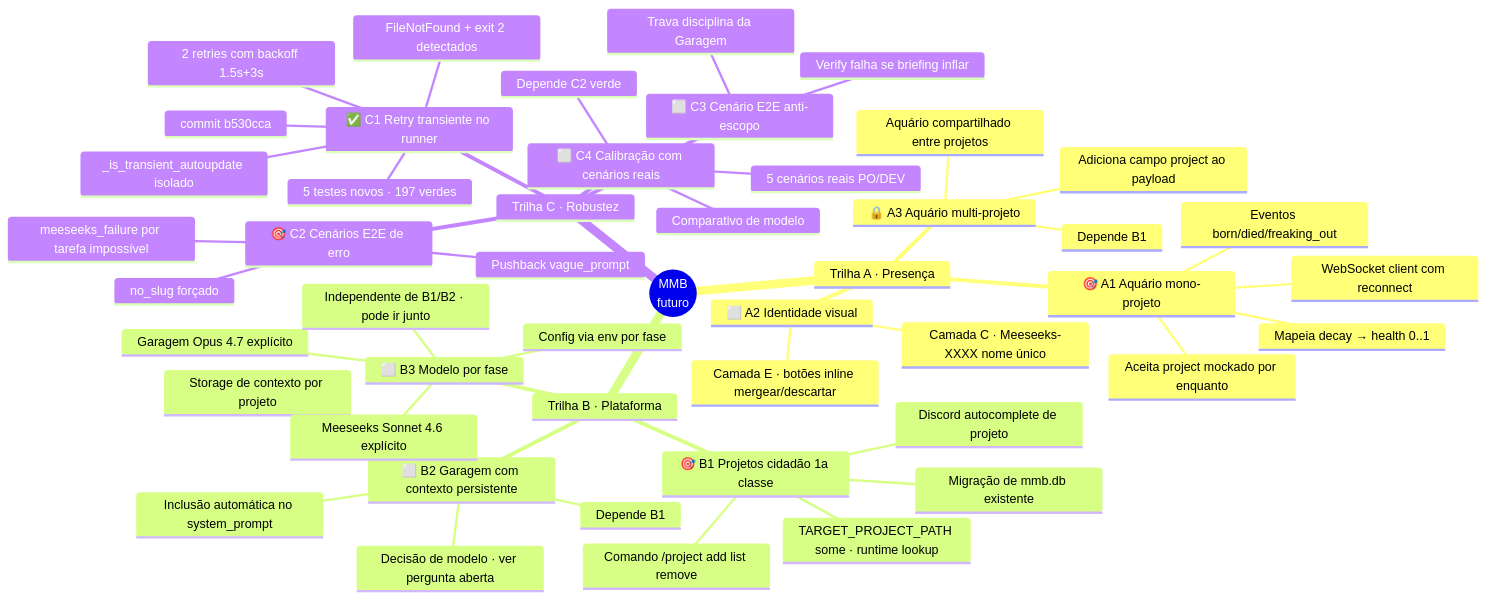
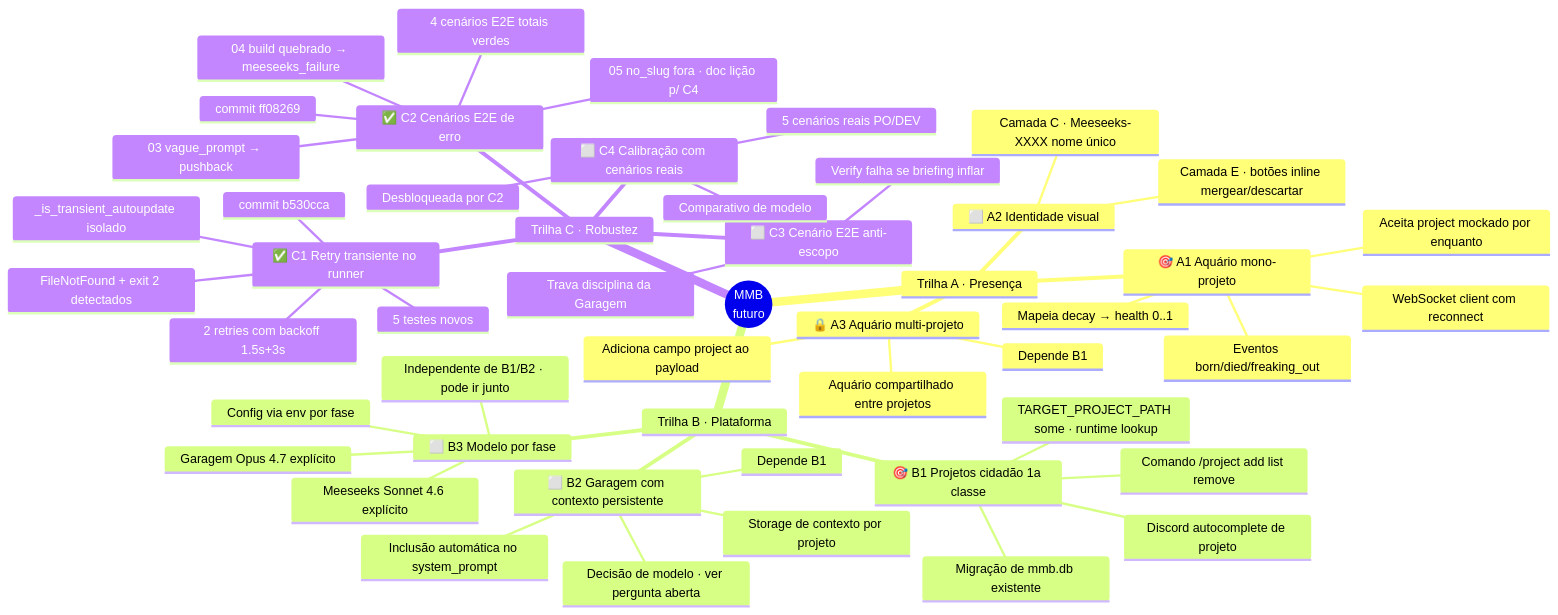
The third of 4 diagrams in docs/arvore.md (x-force-42/mmb-core), drawn with Mermaid before and after one commit. The commit also changed other lines of this file and 2 other files, not shown here.

````diff
--- a/docs/arvore.md
+++ b/docs/arvore.md
@@ -117,51 +123,53 @@
 ```mermaid
 mindmap
   root((MMB<br/>futuro))
     Trilha A · Presença
       🎯 A1 Aquário mono-projeto
         WebSocket client com reconnect
         Mapeia decay → health 0..1
         Eventos born/died/freaking_out
         Aceita project mockado por enquanto
       ⬜ A2 Identidade visual
         Camada C · Meeseeks-XXXX nome único
         Camada E · botões inline mergear/descartar
       🔒 A3 Aquário multi-projeto
         Depende B1
         Adiciona campo project ao payload
         Aquário compartilhado entre projetos
     Trilha B · Plataforma
       🎯 B1 Projetos cidadão 1a classe
         Comando /project add list remove
         Discord autocomplete de projeto
         TARGET_PROJECT_PATH some · runtime lookup
         Migração de mmb.db existente
       ⬜ B2 Garagem com contexto persistente
         Decisão de modelo · ver pergunta aberta
         Storage de contexto por projeto
         Inclusão automática no system_prompt
         Depende B1
       ⬜ B3 Modelo por fase
         Garagem Opus 4.7 explícito
         Meeseeks Sonnet 4.6 explícito
         Config via env por fase
         Independente de B1/B2 · pode ir junto
     Trilha C · Robustez
       ✅ C1 Retry transiente no runner
         commit b530cca
         FileNotFound + exit 2 detectados
         2 retries com backoff 1.5s+3s
         _is_transient_autoupdate isolado
-        5 testes novos · 197 verdes
-      🎯 C2 Cenários E2E de erro
-        Pushback vague_prompt
-        no_slug forçado
-        meeseeks_failure por tarefa impossível
+        5 testes novos
+      ✅ C2 Cenários E2E de erro
+        commit ff08269
+        03 vague_prompt → pushback
+        04 build quebrado → meeseeks_failure
+        05 no_slug fora · doc lição p/ C4
+        4 cenários E2E totais verdes
       ⬜ C3 Cenário E2E anti-escopo
         Verify falha se briefing inflar
         Trava disciplina da Garagem
       ⬜ C4 Calibração com cenários reais
         5 cenários reais PO/DEV
         Comparativo de modelo
-        Depende C2 verde
+        Desbloqueada por C2
 ```
````
